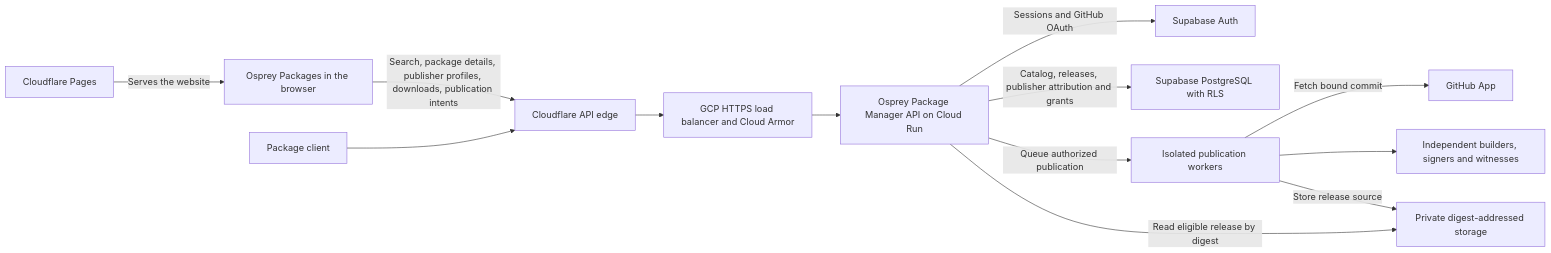
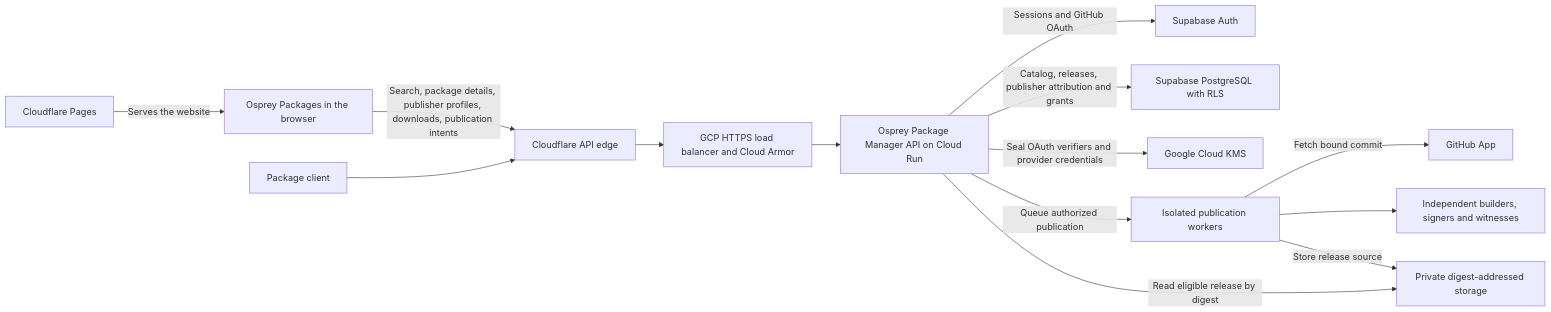
The diagram in docs/specs/ecosystem/0044-PackageRegistryDeploymentAndOwnership.md (Nimblesite/osprey), drawn with Mermaid before and after one commit. The commit also changed other lines of this file, not shown here.

Commit message:
Align the hosted registry architecture with implemented session flows

````diff
--- a/docs/specs/ecosystem/0044-PackageRegistryDeploymentAndOwnership.md
+++ b/docs/specs/ecosystem/0044-PackageRegistryDeploymentAndOwnership.md
@@ -15,15 +15,16 @@
 ```mermaid
 flowchart LR
     Pages["Cloudflare Pages"] -->|Serves the website| Web["Osprey Packages in the browser"]
     Web -->|Search, package details, publisher profiles, downloads, publication intents| Edge["Cloudflare API edge"]
     CLI["Package client"] --> Edge
     Edge --> LB["GCP HTTPS load balancer and Cloud Armor"]
     LB --> API["Osprey Package Manager API on Cloud Run"]
     API -->|Sessions and GitHub OAuth| Auth["Supabase Auth"]
     API -->|Catalog, releases, publisher attribution and grants| DB["Supabase PostgreSQL with RLS"]
+    API -->|Seal OAuth verifiers and provider credentials| KMS["Google Cloud KMS"]
     API -->|Queue authorized publication| Worker["Isolated publication workers"]
     Worker -->|Fetch bound commit| GitHub["GitHub App"]
     Worker --> Verify["Independent builders, signers and witnesses"]
     Worker -->|Store release source| CAS["Private digest-addressed storage"]
     API -->|Read eligible release by digest| CAS
 ```
````
